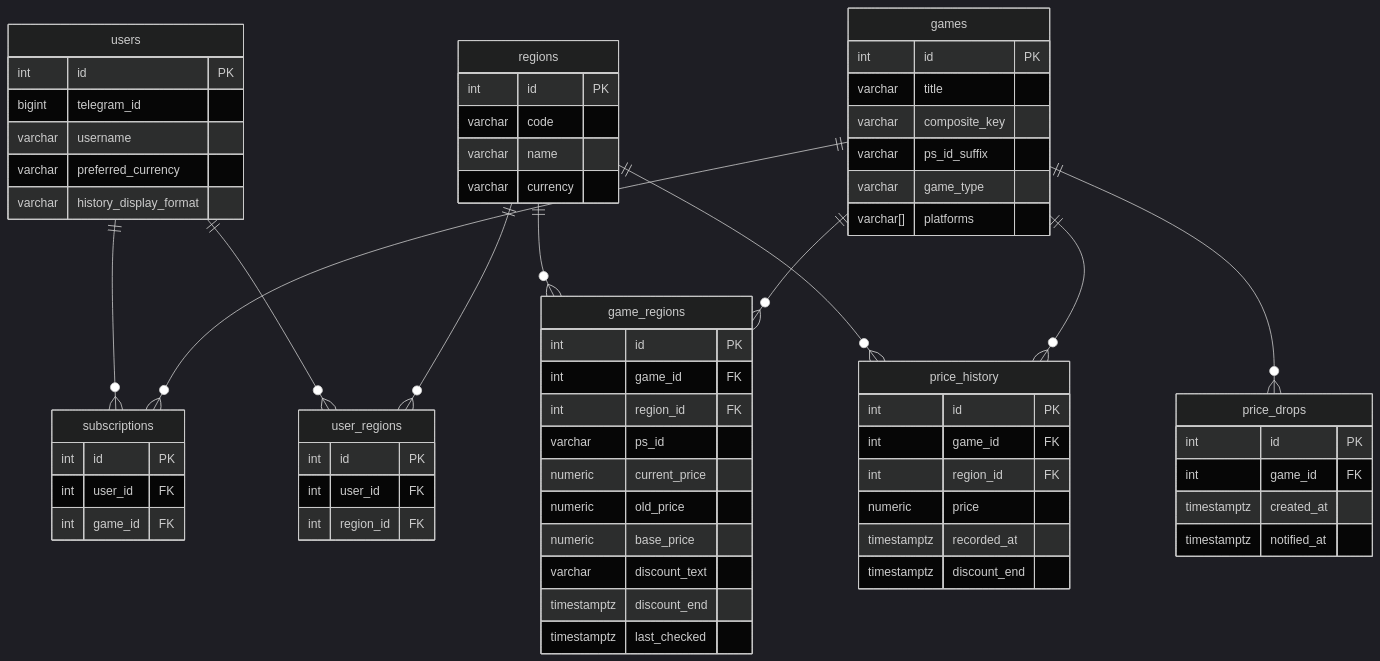
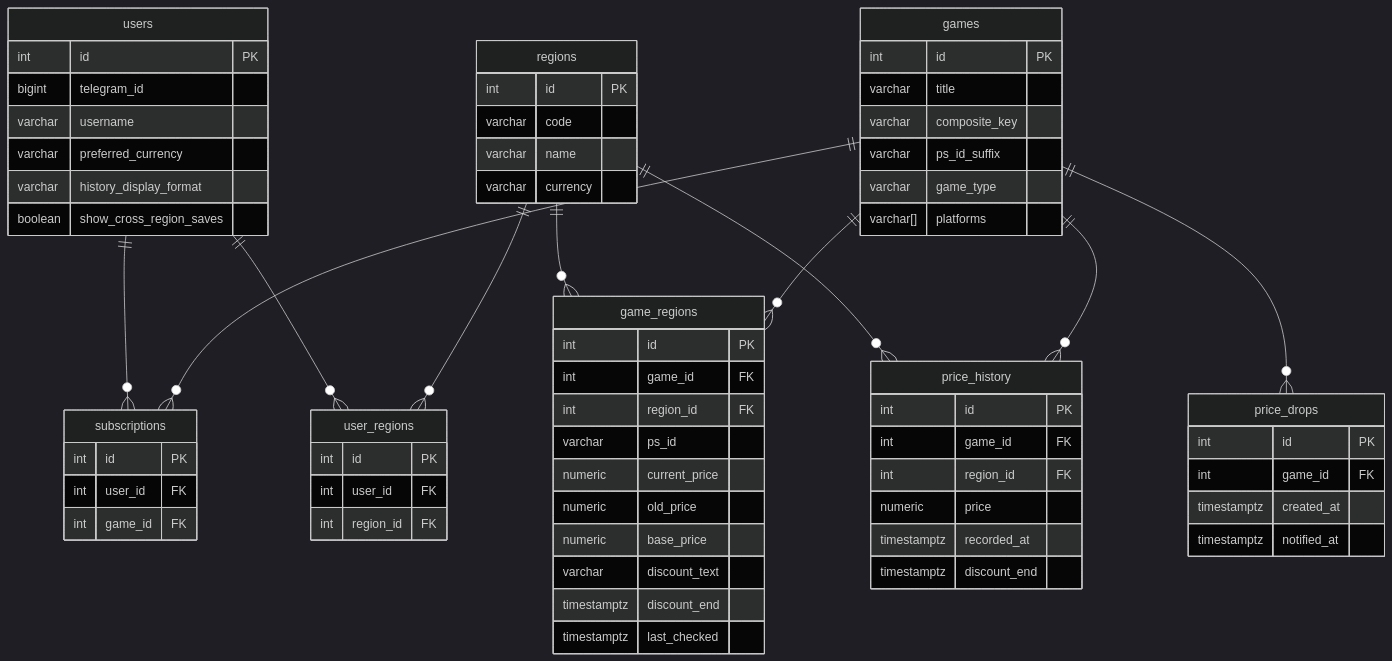
Before and after one commit to BlasterAlex/pricestation-bot: the diagram in db/models/README.md, drawn with Mermaid (dark theme). The commit also changed other lines of this file and 18 other files, not shown here.

````diff
--- a/db/models/README.md
+++ b/db/models/README.md
@@ -7,70 +7,71 @@
 ```mermaid
 erDiagram
     users {
         int id PK
         bigint telegram_id
         varchar username
         varchar preferred_currency
         varchar history_display_format
+        boolean show_cross_region_saves
     }
     regions {
         int id PK
         varchar code
         varchar name
         varchar currency
     }
     games {
         int id PK
         varchar title
         varchar composite_key
         varchar ps_id_suffix
         varchar game_type
         varchar[] platforms
     }
     subscriptions {
         int id PK
         int user_id FK
         int game_id FK
     }
     user_regions {
         int id PK
         int user_id FK
         int region_id FK
     }
     game_regions {
         int id PK
         int game_id FK
         int region_id FK
         varchar ps_id
         numeric current_price
         numeric old_price
         numeric base_price
         varchar discount_text
         timestamptz discount_end
         timestamptz last_checked
     }
     price_drops {
         int id PK
         int game_id FK
         timestamptz created_at
         timestamptz notified_at
     }
     price_history {
         int id PK
         int game_id FK
         int region_id FK
         numeric price
         timestamptz recorded_at
         timestamptz discount_end
     }
 
     users ||--o{ subscriptions : ""
     users ||--o{ user_regions : ""
     regions ||--o{ user_regions : ""
     regions ||--o{ game_regions : ""
     regions ||--o{ price_history : ""
     games ||--o{ subscriptions : ""
     games ||--o{ game_regions : ""
     games ||--o{ price_drops : ""
     games ||--o{ price_history : ""
 ```
````
